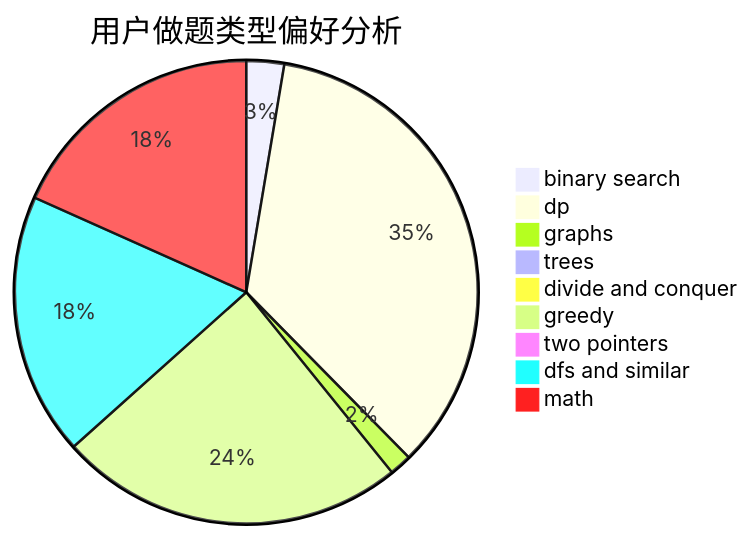
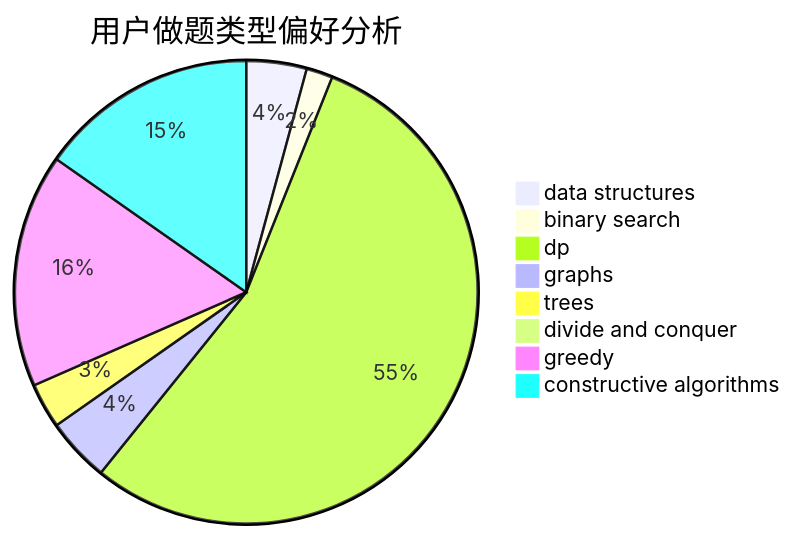
The second of 3 diagrams in docs/user/u125.md (sherpahu/cfrs.github.io), drawn with Mermaid before and after one commit. The commit also changed other lines of this file and 2775 other files, not shown here.

````diff
--- a/docs/user/u125.md
+++ b/docs/user/u125.md
@@ -23,12 +23,11 @@
 ```mermaid
 pie title 用户做题类型偏好分析
-    "binary search" :  34
-    "dp" :  451
-    "graphs" :  20
+    "data structures" :  16
+    "binary search" :  7
+    "dp" :  208
+    "graphs" :  17
     "trees" :  12
     "divide and conquer" :  0
-    "greedy" :  312
-    "two pointers" :  5
-    "dfs and similar" :  236
-    "math" :  236
+    "greedy" :  62
+    "constructive algorithms" :  58
 ```
````
